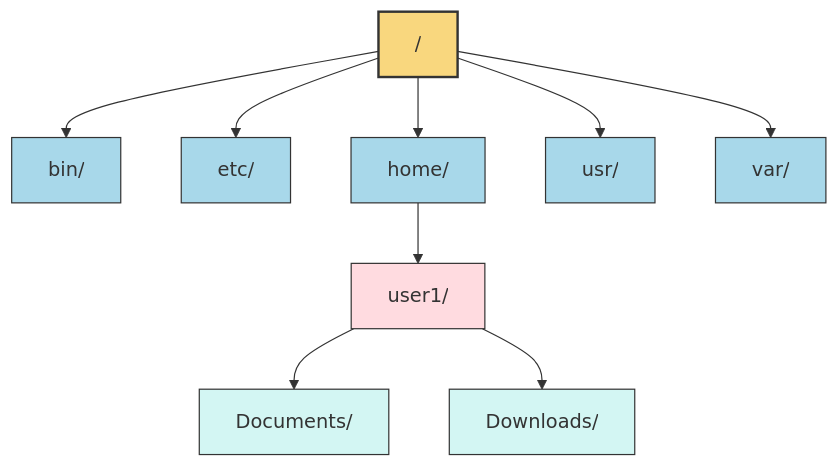
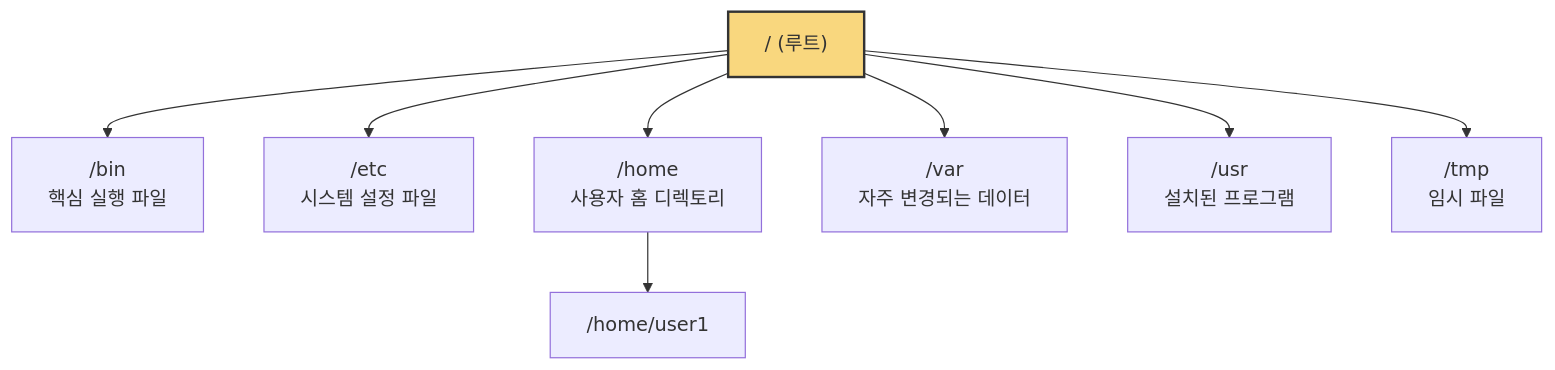
Before and after one commit to hanaoverride/data-scientist-cookbook-for-korean: the diagram in Chapter I. 기반지식 학습/1. 기초 CS 이론/4. 리눅스 기초/2. 리눅스의 파일 시스템.md, drawn with Mermaid. The commit also changed other lines of this file and 132 other files, not shown here.

````diff
--- a/Chapter I. 기반지식 학습/1. 기초 CS 이론/4. 리눅스 기초/2. 리눅스의 파일 시스템.md
+++ b/Chapter I. 기반지식 학습/1. 기초 CS 이론/4. 리눅스 기초/2. 리눅스의 파일 시스템.md
@@ -39,23 +23,14 @@
 ```mermaid
 graph TD
-    root["/"] --> bin["bin/"]
-    root --> etc["etc/"]
-    root --> home["home/"]
-    root --> usr["usr/"]
-    root --> var["var/"]
-    
-    home --> user1["user1/"]
-    
-    user1 --> docs["Documents/"]
-    user1 --> down["Downloads/"]
+    root["/ (루트)"]
+    root --> bin["/bin<br>핵심 실행 파일"]
+    root --> etc["/etc<br>시스템 설정 파일"]
+    root --> home["/home<br>사용자 홈 디렉토리"]
+    root --> var["/var<br>자주 변경되는 데이터"]
+    root --> usr["/usr<br>설치된 프로그램"]
+    root --> tmp["/tmp<br>임시 파일"]
+
+    home --> user1["/home/user1"]
     
     style root fill:#f9d77e,stroke:#333,stroke-width:2px
-    style bin fill:#a8d8ea,stroke:#333,stroke-width:1px
-    style etc fill:#a8d8ea,stroke:#333,stroke-width:1px
-    style home fill:#a8d8ea,stroke:#333,stroke-width:1px
-    style usr fill:#a8d8ea,stroke:#333,stroke-width:1px
-    style var fill:#a8d8ea,stroke:#333,stroke-width:1px
-    style user1 fill:#ffdbe0,stroke:#333,stroke-width:1px
-    style docs fill:#d3f6f3,stroke:#333,stroke-width:1px
-    style down fill:#d3f6f3,stroke:#333,stroke-width:1px
 ```
````
